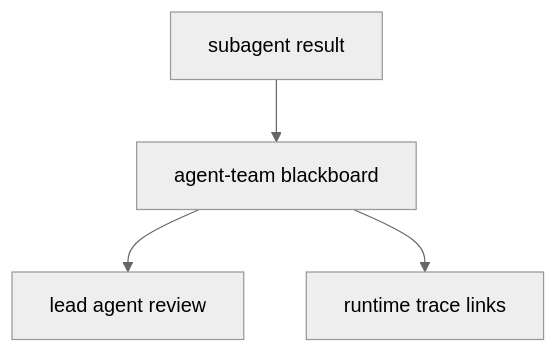
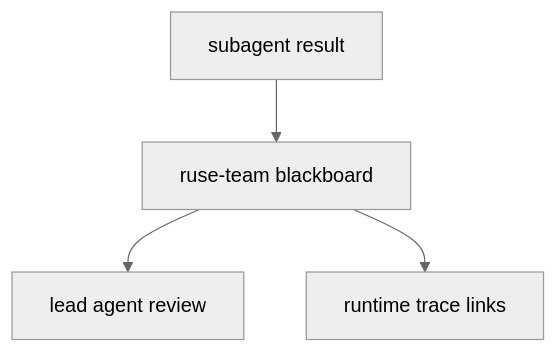
One commit to poneding/agent changed the diagram in docs/specs/M09-04-team-blackboard.spec.md. Above: the diagram before and after it, drawn with Mermaid (neutral theme). The commit also changed other lines of this file and 2091 other files, not shown here.

First line of the commit message:
refactor: rename agent branding to ruse

````diff
--- a/docs/specs/M09-04-team-blackboard.spec.md
+++ b/docs/specs/M09-04-team-blackboard.spec.md
@@ -34,6 +34,6 @@
 ```mermaid
 flowchart TD
-  subagent["subagent result"] --> blackboard["agent-team blackboard"]
+  subagent["subagent result"] --> blackboard["ruse-team blackboard"]
   blackboard --> lead["lead agent review"]
   blackboard --> traces["runtime trace links"]
 ```
````
